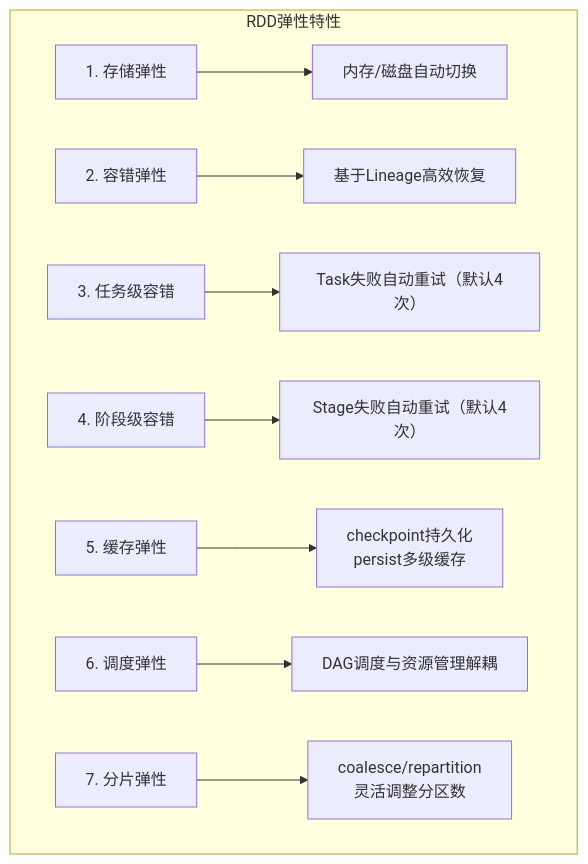
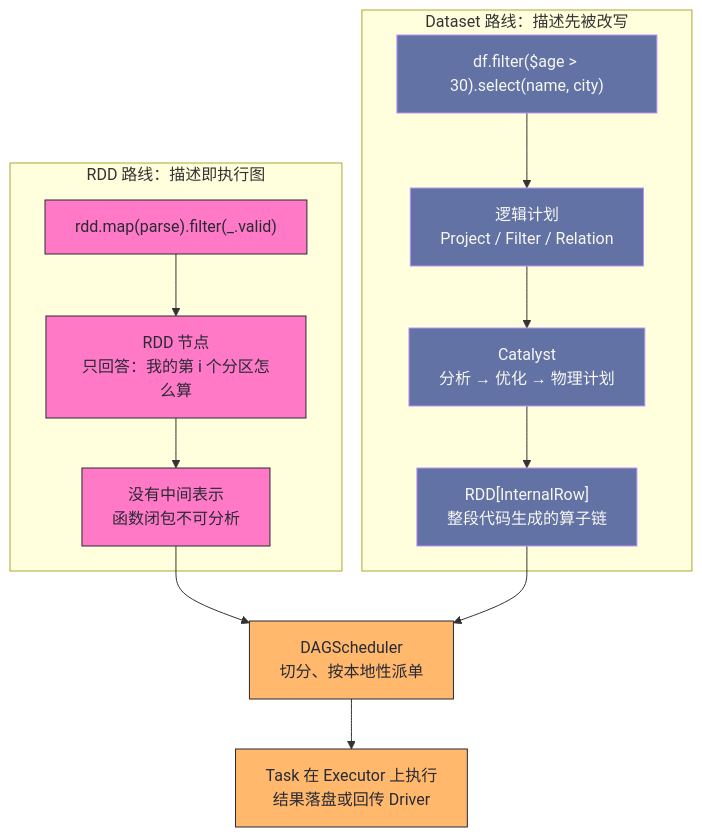
The first of 6 diagrams in content/大数据/Spark/读书笔记-spark内核/01_核心概念与基础/2. Spark的灵魂_深入理解RDD与DataSet.md (hpliStartAgain/my-brain), drawn with Mermaid before and after one commit. The commit also changed other lines of this file and 259 other files, not shown here.

````diff
--- a/content/大数据/Spark/读书笔记-spark内核/01_核心概念与基础/2. Spark的灵魂_深入理解RDD与DataSet.md
+++ b/content/大数据/Spark/读书笔记-spark内核/01_核心概念与基础/2. Spark的灵魂_深入理解RDD与DataSet.md
@@ -62,12 +51,22 @@
 ```mermaid
+%%{init: {'theme': 'dracula'}}%%
 flowchart TD
-    subgraph "RDD弹性特性"
-        A["1. 存储弹性"] --> A1["内存/磁盘自动切换"]
-        B["2. 容错弹性"] --> B1["基于Lineage高效恢复"]
-        C["3. 任务级容错"] --> C1["Task失败自动重试（默认4次）"]
-        D["4. 阶段级容错"] --> D1["Stage失败自动重试（默认4次）"]
-        E["5. 缓存弹性"] --> E1["checkpoint持久化<br>persist多级缓存"]
-        F["6. 调度弹性"] --> F1["DAG调度与资源管理解耦"]
-        G["7. 分片弹性"] --> G1["coalesce/repartition<br>灵活调整分区数"]
+    subgraph A["RDD 路线：描述即执行图"]
+        A1["rdd.map(parse).filter(_.valid)"] --> A2["RDD 节点<br/>只回答：我的第 i 个分区怎么算"]
+        A2 --> A3["没有中间表示<br/>函数闭包不可分析"]
     end
+    subgraph B["Dataset 路线：描述先被改写"]
+        B1["df.filter($age > 30).select(name, city)"] --> B2["逻辑计划<br/>Project / Filter / Relation"]
+        B2 --> B3["Catalyst<br/>分析 → 优化 → 物理计划"]
+        B3 --> B4["RDD[InternalRow]<br/>整段代码生成的算子链"]
+    end
+    A3 --> C["DAGScheduler<br/>切分、按本地性派单"]
+    B4 --> C
+    C --> D["Task 在 Executor 上执行<br/>结果落盘或回传 Driver"]
+    classDef obj fill:#ff79c6,stroke:#282a36,color:#282a36
+    classDef plan fill:#6272a4,stroke:#bd93f9,color:#f8f8f2
+    classDef sched fill:#ffb86c,stroke:#282a36,color:#282a36
+    class A1,A2,A3 obj
+    class B1,B2,B3,B4 plan
+    class C,D sched
 ```
````
